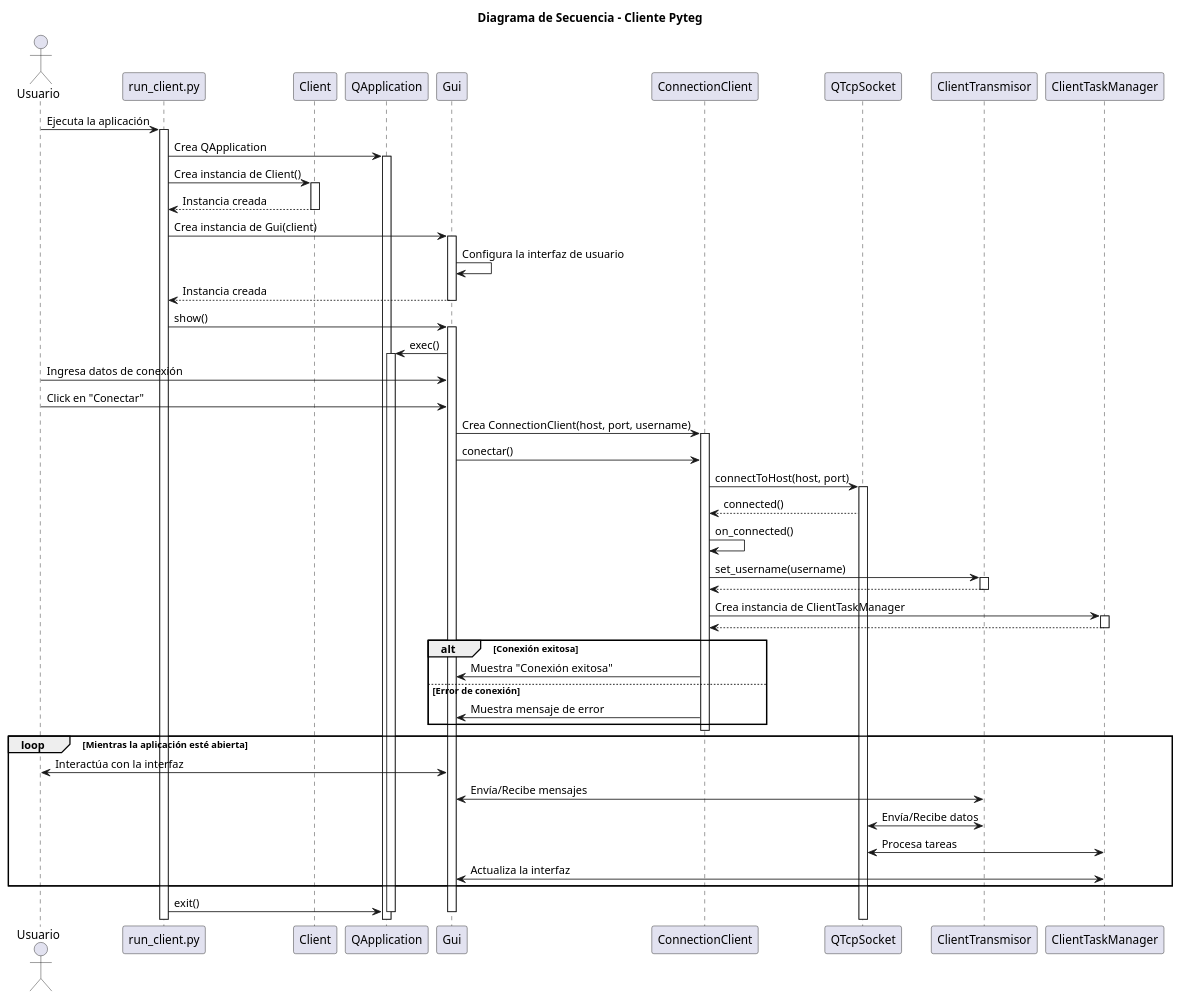
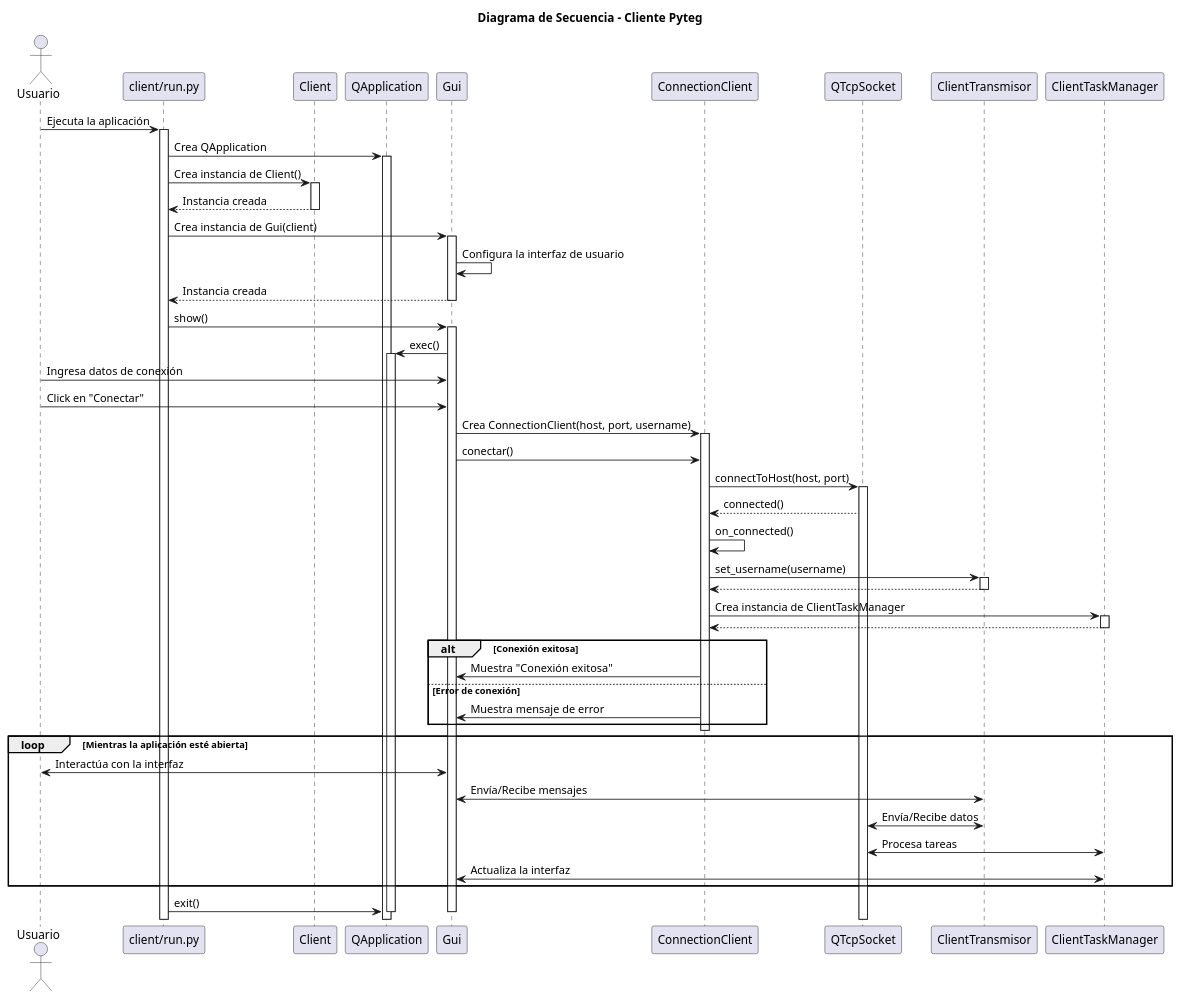
One commit to cavazquez/pyteg changed the diagram in docs/diagrams/diagrama_cliente.puml. Above: the diagram before and after it, drawn with PlantUML. The commit also changed 8 other files, not shown here.

```diff
--- a/docs/diagrams/diagrama_cliente.puml
+++ b/docs/diagrams/diagrama_cliente.puml
@@ -1,80 +1,80 @@
 @startuml
 
 title Diagrama de Secuencia - Cliente Pyteg
 
 actor Usuario
-participant "run_client.py" as main
+participant "client/run.py" as main
 participant "Client" as client
 participant "QApplication" as qt_app
 participant "Gui" as gui
 participant "ConnectionClient" as connection
 participant "QTcpSocket" as socket
 participant "ClientTransmisor" as transmisor
 participant "ClientTaskManager" as task_manager
 
 Usuario -> main: Ejecuta la aplicación
 activate main
 
 main -> qt_app: Crea QApplication
 activate qt_app
 
 main -> client: Crea instancia de Client()
 activate client
 client --> main: Instancia creada
 deactivate client
 
 main -> gui: Crea instancia de Gui(client)
 activate gui
 gui -> gui: Configura la interfaz de usuario
 gui --> main: Instancia creada
 deactivate gui
 
 main -> gui: show()
 activate gui
 gui -> qt_app: exec()
 activate qt_app
 
 ' Conexión al servidor
 Usuario -> gui: Ingresa datos de conexión
 Usuario -> gui: Click en "Conectar"
 gui -> connection: Crea ConnectionClient(host, port, username)
 activate connection
 
 gui -> connection: conectar()
 connection -> socket: connectToHost(host, port)
 activate socket
 
 socket --> connection: connected()
 connection -> connection: on_connected()
 connection -> transmisor: set_username(username)
 activate transmisor
 transmisor --> connection
 deactivate transmisor
 
 connection -> task_manager: Crea instancia de ClientTaskManager
 activate task_manager
 task_manager --> connection
 deactivate task_manager
 
 alt Conexión exitosa
     connection -> gui: Muestra "Conexión exitosa"
 else Error de conexión
     connection -> gui: Muestra mensaje de error
 end
 
 deactivate connection
 
 ' Flujo principal de la aplicación
 loop Mientras la aplicación esté abierta
     Usuario <-> gui: Interactúa con la interfaz
     gui <-> transmisor: Envía/Recibe mensajes
     transmisor <-> socket: Envía/Recibe datos
     socket <-> task_manager: Procesa tareas
     task_manager <-> gui: Actualiza la interfaz
 end
 
 main -> qt_app: exit()
 deactivate qt_app
 deactivate gui
 
 @enduml
```
